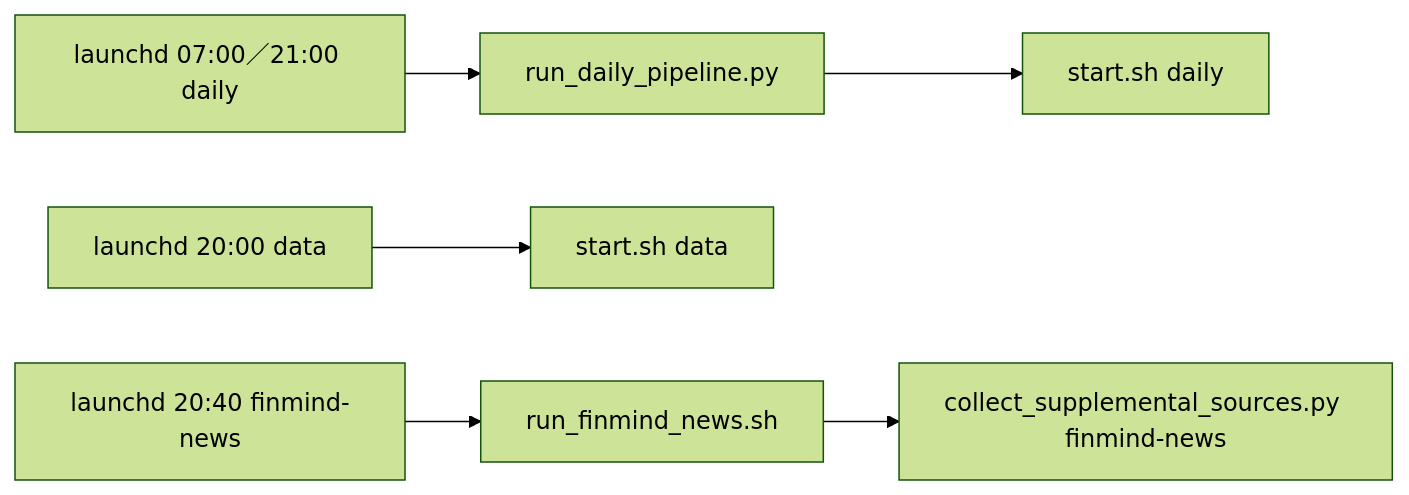
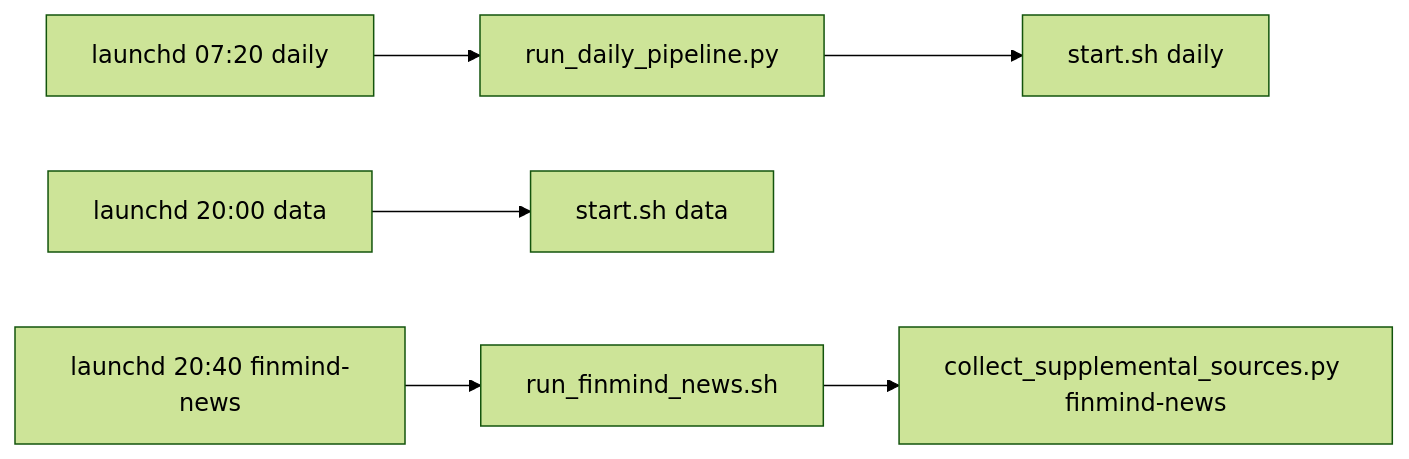
One commit to zxcvb8885123/ETF-AGENTS changed the second of 2 diagrams in scripts/README.md. Above: the diagram before and after it, drawn with Mermaid (forest theme). The commit also changed other lines of this file and 4 other files, not shown here.

````diff
--- a/scripts/README.md
+++ b/scripts/README.md
@@ -81,8 +81,8 @@
 ```mermaid
 flowchart LR
-    L1[launchd 07:00／21:00 daily] --> RDP[run_daily_pipeline.py]
+    L1[launchd 07:20 daily] --> RDP[run_daily_pipeline.py]
     L2[launchd 20:00 data] --> SA[start.sh data]
     L3[launchd 20:40 finmind-news] --> RFN[run_finmind_news.sh]
     RDP --> SD[start.sh daily]
     RFN --> CSS[collect_supplemental_sources.py finmind-news]
 ```
````
